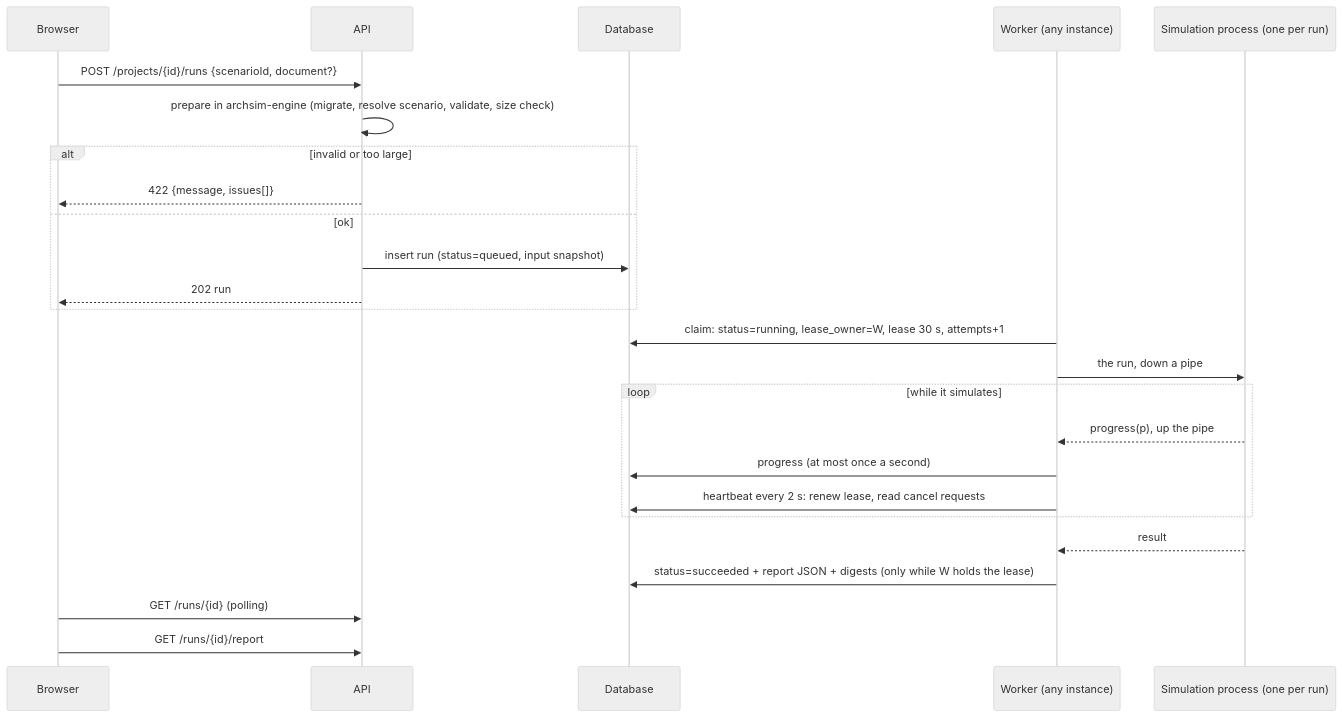
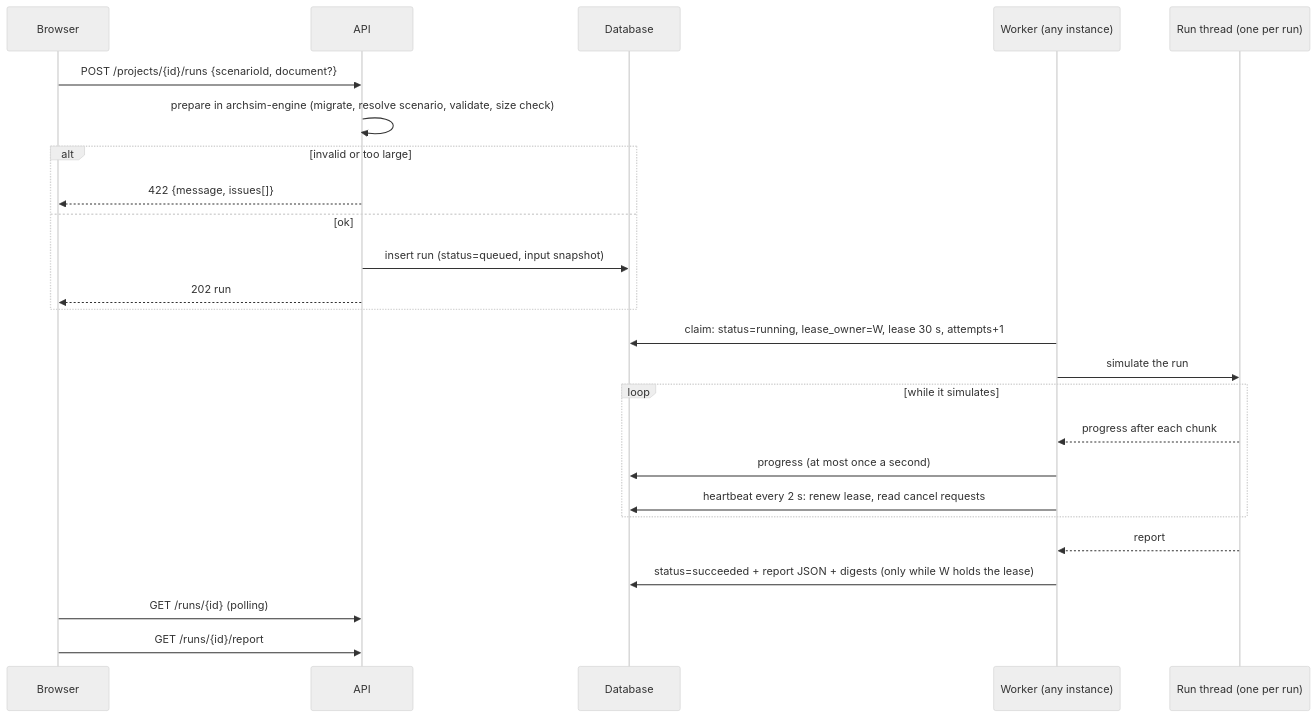
The second of 2 diagrams in docs/architecture.md (dante0747/archsim), drawn with Mermaid (neutral theme) before and after one commit. The commit also changed other lines of this file and 19 other files, not shown here.

````diff
--- a/docs/architecture.md
+++ b/docs/architecture.md
@@ -194,27 +187,27 @@
 ```mermaid
 sequenceDiagram
   participant B as Browser
   participant A as API
   participant D as Database
   participant W as Worker (any instance)
-  participant E as Simulation process (one per run)
+  participant R as Run thread (one per run)
   B->>A: POST /projects/{id}/runs {scenarioId, document?}
   A->>A: prepare in archsim-engine (migrate, resolve scenario, validate, size check)
   alt invalid or too large
     A-->>B: 422 {message, issues[]}
   else ok
     A->>D: insert run (status=queued, input snapshot)
     A-->>B: 202 run
   end
   W->>D: claim: status=running, lease_owner=W, lease 30 s, attempts+1
-  W->>E: the run, down a pipe
+  W->>R: simulate the run
   loop while it simulates
-    E-->>W: progress(p), up the pipe
+    R-->>W: progress after each chunk
     W->>D: progress (at most once a second)
     W->>D: heartbeat every 2 s: renew lease, read cancel requests
   end
-  E-->>W: result
+  R-->>W: report
   W->>D: status=succeeded + report JSON + digests (only while W holds the lease)
   B->>A: GET /runs/{id} (polling)
   B->>A: GET /runs/{id}/report
 ```
````
